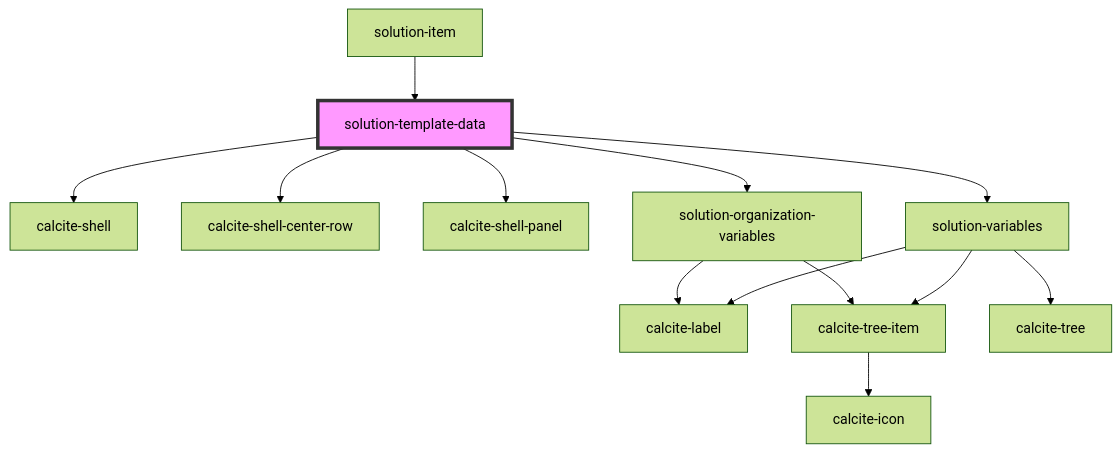
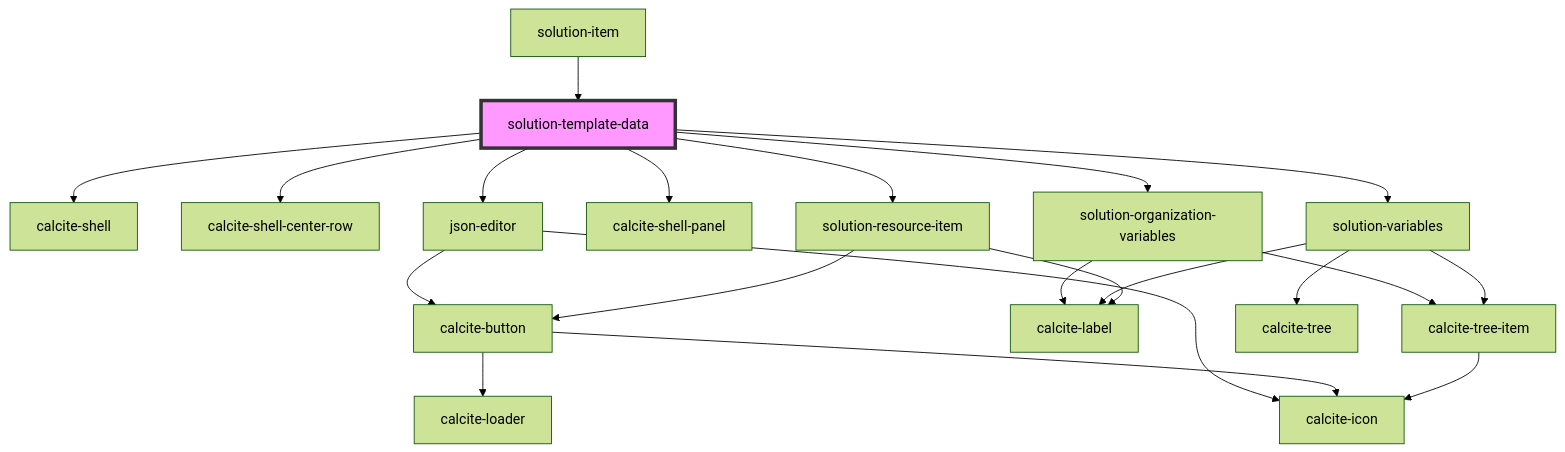
Before and after one commit to Esri/solutions-components: the diagram in src/components/solution-template-data/readme.md, drawn with Mermaid (forest theme). The commit also changed other lines of this file and 7 other files, not shown here.

````diff
--- a/src/components/solution-template-data/readme.md
+++ b/src/components/solution-template-data/readme.md
@@ -31,16 +34,24 @@
 ```mermaid
 graph TD;
   solution-template-data --> calcite-shell
   solution-template-data --> calcite-shell-center-row
+  solution-template-data --> json-editor
   solution-template-data --> calcite-shell-panel
   solution-template-data --> solution-organization-variables
   solution-template-data --> solution-variables
+  solution-template-data --> solution-resource-item
+  json-editor --> calcite-button
+  json-editor --> calcite-icon
+  calcite-button --> calcite-loader
+  calcite-button --> calcite-icon
   solution-organization-variables --> calcite-label
   solution-organization-variables --> calcite-tree-item
   calcite-tree-item --> calcite-icon
   solution-variables --> calcite-label
   solution-variables --> calcite-tree-item
   solution-variables --> calcite-tree
+  solution-resource-item --> calcite-label
+  solution-resource-item --> calcite-button
   solution-item --> solution-template-data
   style solution-template-data fill:#f9f,stroke:#333,stroke-width:4px
 ```
````
